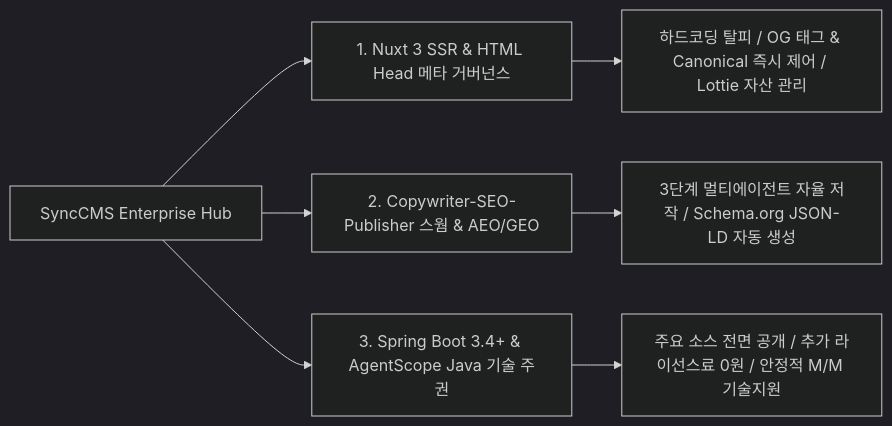
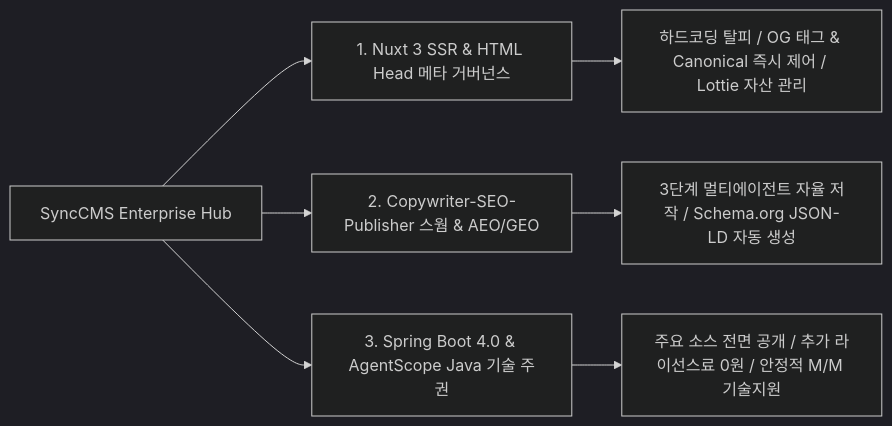
One commit to DramaticCollaboration/doc.github.io changed the diagram in ko/synccms/index.md. Above: the diagram before and after it, drawn with Mermaid (dark theme). The commit also changed other lines of this file and 45 other files, not shown here.

````diff
--- a/ko/synccms/index.md
+++ b/ko/synccms/index.md
@@ -35,10 +35,10 @@
 ```mermaid
 graph LR
     A[SyncCMS Enterprise Hub] --> B[1. Nuxt 3 SSR & HTML Head 메타 거버넌스]
     A --> C[2. Copywriter-SEO-Publisher 스웜 & AEO/GEO]
-    A --> D[3. Spring Boot 3.4+ & AgentScope Java 기술 주권]
+    A --> D[3. Spring Boot 4.0 & AgentScope Java 기술 주권]
 
     B --> B1["하드코딩 탈피 / OG 태그 & Canonical 즉시 제어 / Lottie 자산 관리"]
     C --> C1["3단계 멀티에이전트 자율 저작 / Schema.org JSON-LD 자동 생성"]
     D --> D1["주요 소스 전면 공개 / 추가 라이선스료 0원 / 안정적 M/M 기술지원"]
 ```
````
